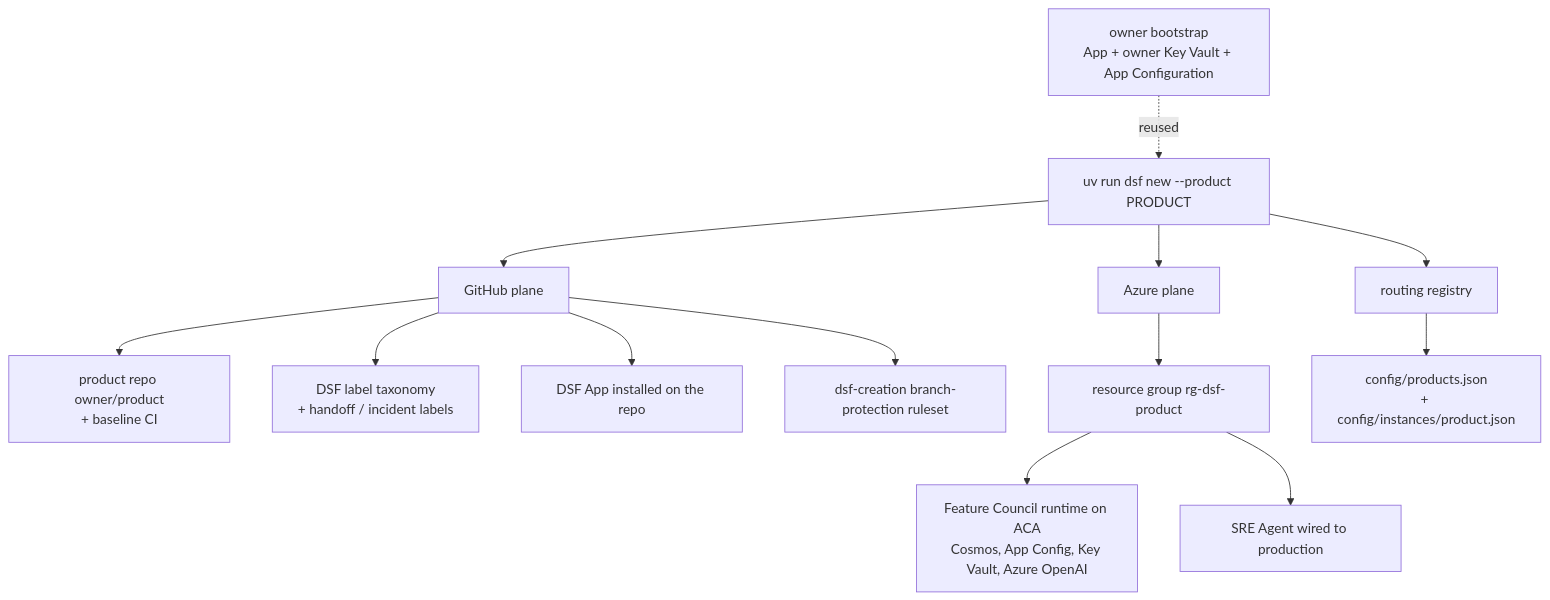
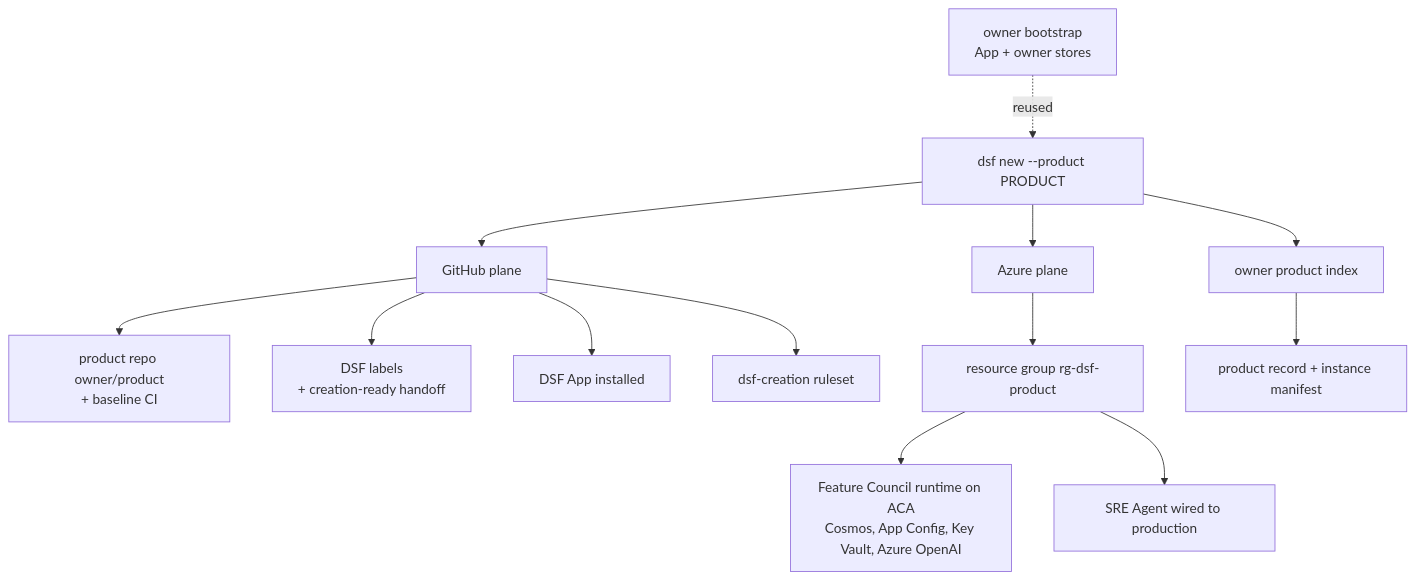
One commit to JoranBergfeld/dark-software-factory changed the diagram in docs/site/get-started/provision-a-factory.md. Above: the diagram before and after it, drawn with Mermaid. The commit also changed other lines of this file and 10 other files, not shown here.

````diff
--- a/docs/site/get-started/provision-a-factory.md
+++ b/docs/site/get-started/provision-a-factory.md
@@ -119,16 +77,16 @@
 ```mermaid
 flowchart TD
-    boot["owner bootstrap<br/>App + owner Key Vault + App Configuration"] -.->|reused| new
-    new["uv run dsf new --product PRODUCT"]
+    boot["owner bootstrap<br/>App + owner stores"] -.->|reused| new
+    new["dsf new --product PRODUCT"]
     new --> ghp["GitHub plane"]
     new --> azp["Azure plane"]
-    new --> regp["routing registry"]
+    new --> regp["owner product index"]
     ghp --> repo["product repo owner/product<br/>+ baseline CI"]
-    ghp --> labels["DSF label taxonomy<br/>+ handoff / incident labels"]
-    ghp --> appinst["DSF App installed on the repo"]
-    ghp --> ruleset["dsf-creation branch-protection ruleset"]
+    ghp --> labels["DSF labels<br/>+ creation-ready handoff"]
+    ghp --> appinst["DSF App installed"]
+    ghp --> ruleset["dsf-creation ruleset"]
     azp --> rg["resource group rg-dsf-product"]
     rg --> runtime["Feature Council runtime on ACA<br/>Cosmos, App Config, Key Vault, Azure OpenAI"]
     rg --> sre["SRE Agent wired to production"]
-    regp --> rec["config/products.json<br/>+ config/instances/product.json"]
+    regp --> rec["product record + instance manifest"]
 ```
````
